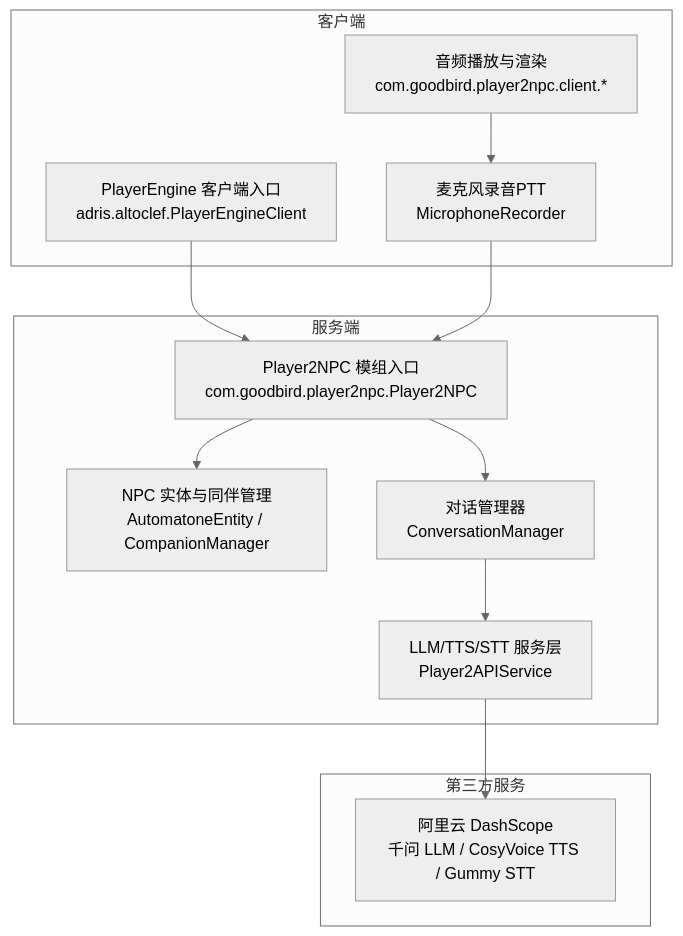
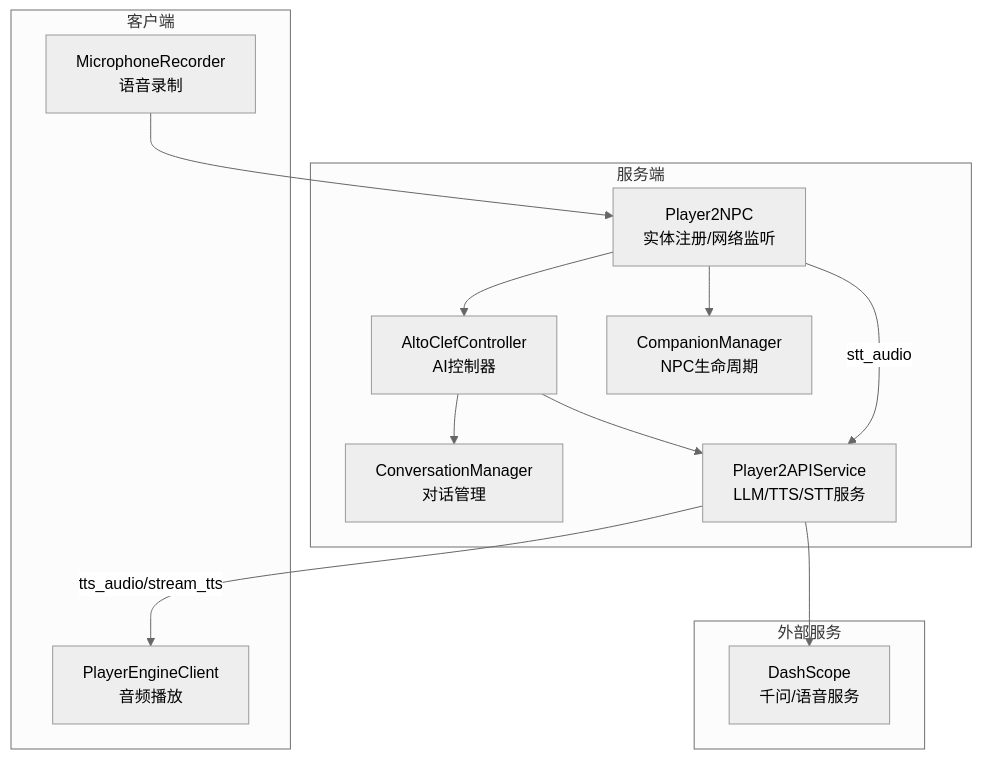
The first of 6 diagrams in .qoder/repowiki/zh/content/项目概述/项目概述.md (wjartpix/minecraft_ai_play2npc), drawn with Mermaid (neutral theme) before and after one commit. The commit also changed other lines of this file and 188 other files, not shown here.

````diff
--- a/.qoder/repowiki/zh/content/项目概述/项目概述.md
+++ b/.qoder/repowiki/zh/content/项目概述/项目概述.md
@@ -53,24 +73,25 @@
 ```mermaid
 graph TB
+subgraph "服务端"
+P2NPC["Player2NPC<br/>实体注册/网络监听"]
+ACC["AltoClefController<br/>AI控制器"]
+CM["ConversationManager<br/>对话管理"]
+P2API["Player2APIService<br/>LLM/TTS/STT服务"]
+COMP["CompanionManager<br/>NPC生命周期"]
+end
 subgraph "客户端"
-A["PlayerEngine 客户端入口<br/>adris.altoclef.PlayerEngineClient"]
-B["音频播放与渲染<br/>com.goodbird.player2npc.client.*"]
-C["麦克风录音PTT<br/>MicrophoneRecorder"]
+PEClient["PlayerEngineClient<br/>音频播放"]
+Mic["MicrophoneRecorder<br/>语音录制"]
 end
-subgraph "服务端"
-D["Player2NPC 模组入口<br/>com.goodbird.player2npc.Player2NPC"]
-E["NPC 实体与同伴管理<br/>AutomatoneEntity / CompanionManager"]
-F["对话管理器<br/>ConversationManager"]
-G["LLM/TTS/STT 服务层<br/>Player2APIService"]
+subgraph "外部服务"
+DashScope["DashScope<br/>千问/语音服务"]
 end
-subgraph "第三方服务"
-H["阿里云 DashScope<br/>千问 LLM / CosyVoice TTS / Gummy STT"]
-end
-A --> D
-B --> C
-C --> D
-D --> E
-D --> F
-F --> G
-G --> H
+P2NPC --> ACC
+ACC --> CM
+ACC --> P2API
+P2NPC --> COMP
+Mic --> P2NPC
+P2NPC --> |"stt_audio"| P2API
+P2API --> |"tts_audio/stream_tts"| PEClient
+P2API --> DashScope
 ```
````
